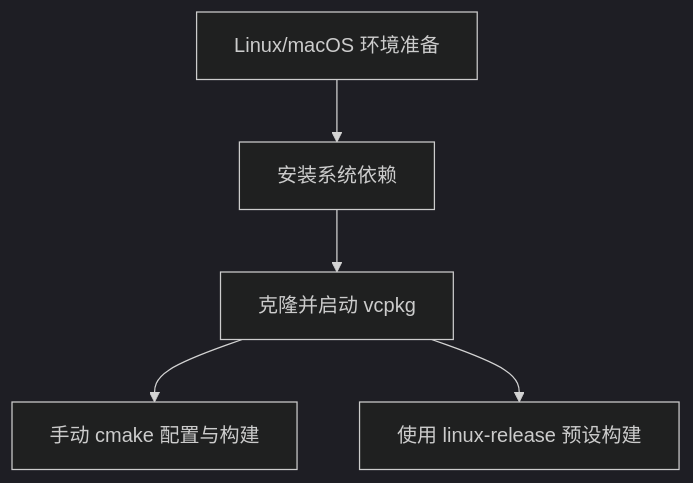
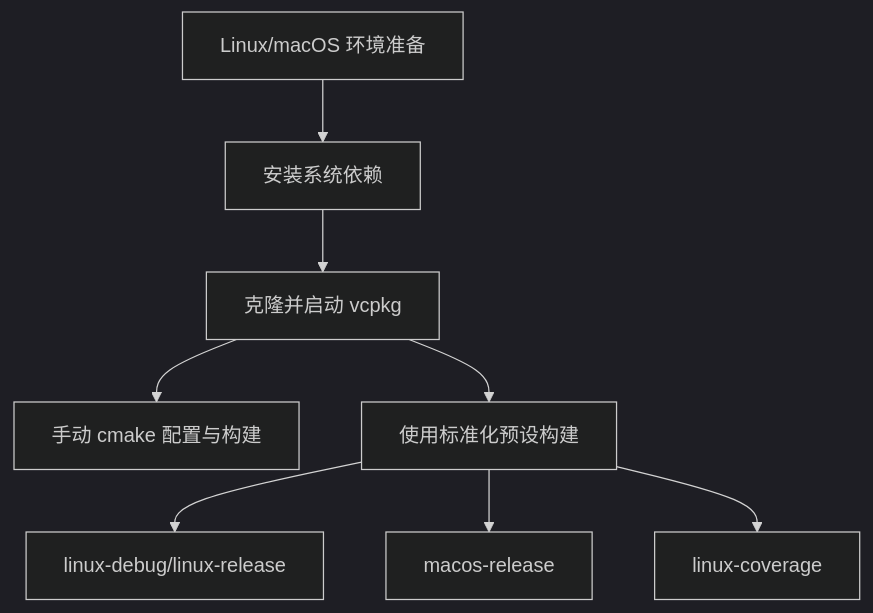
The eighth of 12 diagrams in .qoder/repowiki/zh/content/项目概述与快速开始.md (hsmbanlance/HsBaSlicer), drawn with Mermaid (dark theme) before and after one commit. The commit also changed other lines of this file and 66 other files, not shown here.

````diff
--- a/.qoder/repowiki/zh/content/项目概述与快速开始.md
+++ b/.qoder/repowiki/zh/content/项目概述与快速开始.md
@@ -352,7 +372,10 @@
 ```mermaid
 flowchart TD
 UnixStart["Linux/macOS 环境准备"] --> SystemPkgs["安装系统依赖"]
 SystemPkgs --> VcpkgClone["克隆并启动 vcpkg"]
 VcpkgClone --> ManualBuild["手动 cmake 配置与构建"]
-VcpkgClone --> PresetBuild["使用 linux-release 预设构建"]
+VcpkgClone --> PresetBuild["使用标准化预设构建"]
+PresetBuild --> LinuxDebug["linux-debug/linux-release"]
+PresetBuild --> MacosRelease["macos-release"]
+PresetBuild --> Coverage["linux-coverage"]
 ```
````
